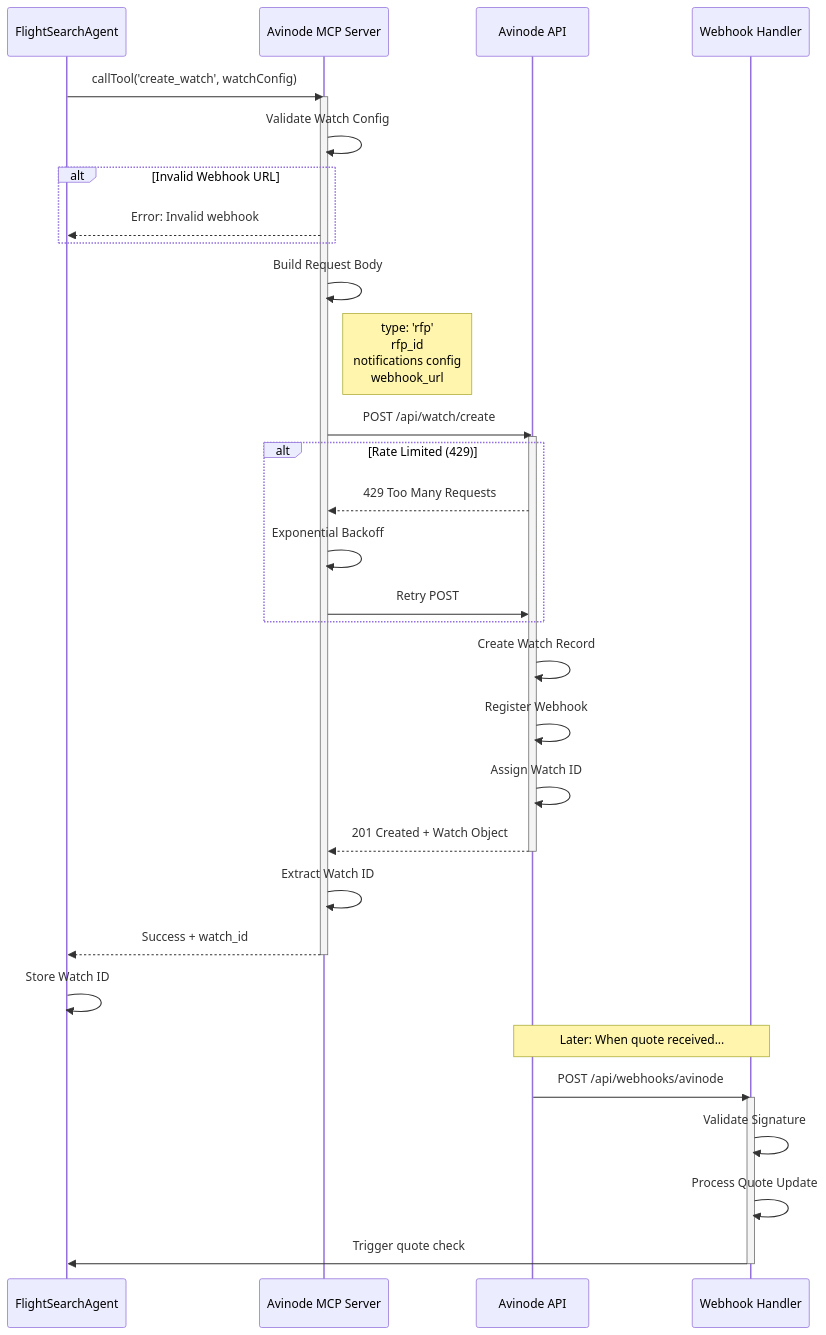
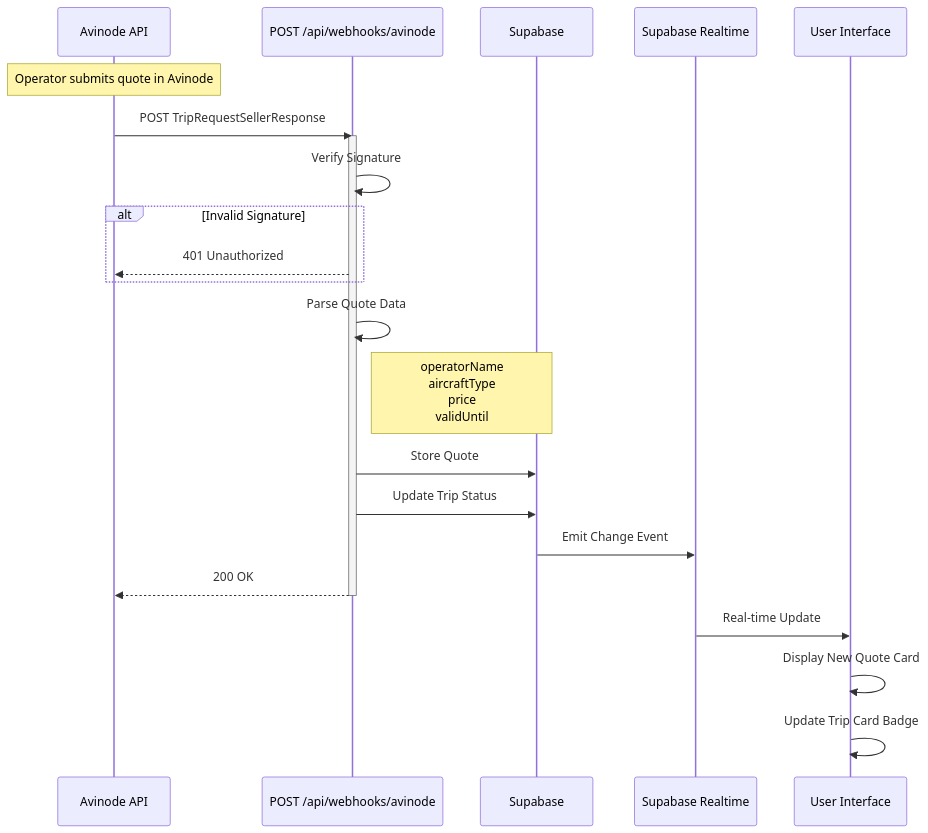
The fourth of 5 diagrams in docs/implementation/WORKFLOW-AVINODE-INTEGRATION.md (kingler/v0-jetvision-assistant), drawn with Mermaid before and after one commit. The commit also changed other lines of this file and 145 other files, not shown here.

First line of the commit message:
feat(avinode): complete MCP server tools and deep link workflow

````diff
--- a/docs/implementation/WORKFLOW-AVINODE-INTEGRATION.md
+++ b/docs/implementation/WORKFLOW-AVINODE-INTEGRATION.md
@@ -398,47 +452,33 @@
 ```mermaid
 sequenceDiagram
-    participant Agent as FlightSearchAgent
-    participant MCP as Avinode MCP Server
-    participant API as Avinode API
-    participant Webhook as Webhook Handler
+    participant Avinode as Avinode API
+    participant Webhook as POST /api/webhooks/avinode
+    participant DB as Supabase
+    participant Realtime as Supabase Realtime
+    participant UI as User Interface
 
-    Agent->>MCP: callTool('create_watch', watchConfig)
-    activate MCP
+    Note over Avinode: Operator submits quote in Avinode
 
-    MCP->>MCP: Validate Watch Config
-    alt Invalid Webhook URL
-        MCP-->>Agent: Error: Invalid webhook
+    Avinode->>Webhook: POST TripRequestSellerResponse
+    activate Webhook
+
+    Webhook->>Webhook: Verify Signature
+    alt Invalid Signature
+        Webhook-->>Avinode: 401 Unauthorized
     end
 
-    MCP->>MCP: Build Request Body
-    Note right of MCP: type: 'rfp'<br/>rfp_id<br/>notifications config<br/>webhook_url
+    Webhook->>Webhook: Parse Quote Data
+    Note right of Webhook: operatorName<br/>aircraftType<br/>price<br/>validUntil
 
-    MCP->>API: POST /api/watch/create
-    activate API
+    Webhook->>DB: Store Quote
+    Webhook->>DB: Update Trip Status
 
-    alt Rate Limited (429)
-        API-->>MCP: 429 Too Many Requests
-        MCP->>MCP: Exponential Backoff
-        MCP->>API: Retry POST
-    end
+    DB->>Realtime: Emit Change Event
 
-    API->>API: Create Watch Record
-    API->>API: Register Webhook
-    API->>API: Assign Watch ID
-    API-->>MCP: 201 Created + Watch Object
-    deactivate API
+    Webhook-->>Avinode: 200 OK
+    deactivate Webhook
 
-    MCP->>MCP: Extract Watch ID
-    MCP-->>Agent: Success + watch_id
-    deactivate MCP
-
-    Agent->>Agent: Store Watch ID
-
-    Note over API,Webhook: Later: When quote received...
-    API->>Webhook: POST /api/webhooks/avinode
-    activate Webhook
-    Webhook->>Webhook: Validate Signature
-    Webhook->>Webhook: Process Quote Update
-    Webhook->>Agent: Trigger quote check
-    deactivate Webhook
+    Realtime->>UI: Real-time Update
+    UI->>UI: Display New Quote Card
+    UI->>UI: Update Trip Card Badge
 ```
````
